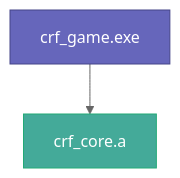
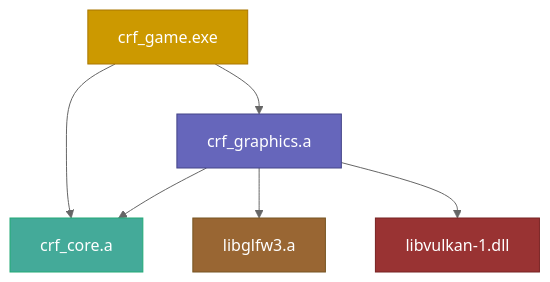
The first of 6 diagrams in Code/README.md (BiggieBranose/Chronica-Regna-Fractorum), drawn with Mermaid (neutral theme) before and after one commit. The commit also changed other lines of this file and 7 other files, not shown here.

First line of the commit message:
feat: add Window module (GLFW + Vulkan surface, input handling, game loop)

````diff
--- a/Code/README.md
+++ b/Code/README.md
@@ -49,6 +53,13 @@
 ```mermaid
 graph TD
     GAME[crf_game.exe] --> CORE[crf_core.a]
+    GAME --> GRAPHICS[crf_graphics.a]
+    GRAPHICS --> CORE
+    GRAPHICS --> GLFW[libglfw3.a]
+    GRAPHICS --> VULKAN[libvulkan-1.dll]
     style CORE fill:#4a9,stroke:#2a7,color:#fff
-    style GAME fill:#66b,stroke:#448,color:#fff
+    style GRAPHICS fill:#66b,stroke:#448,color:#fff
+    style GAME fill:#c90,stroke:#a70,color:#fff
+    style GLFW fill:#963,stroke:#752,color:#fff
+    style VULKAN fill:#933,stroke:#722,color:#fff
 ```
````
